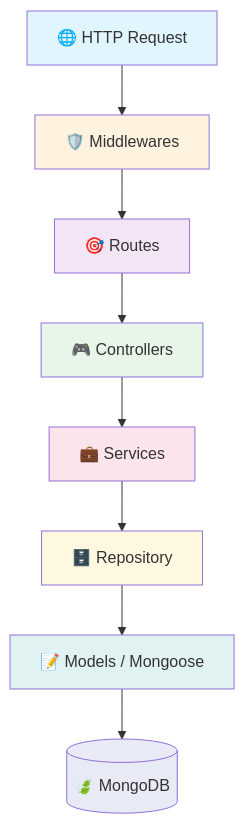
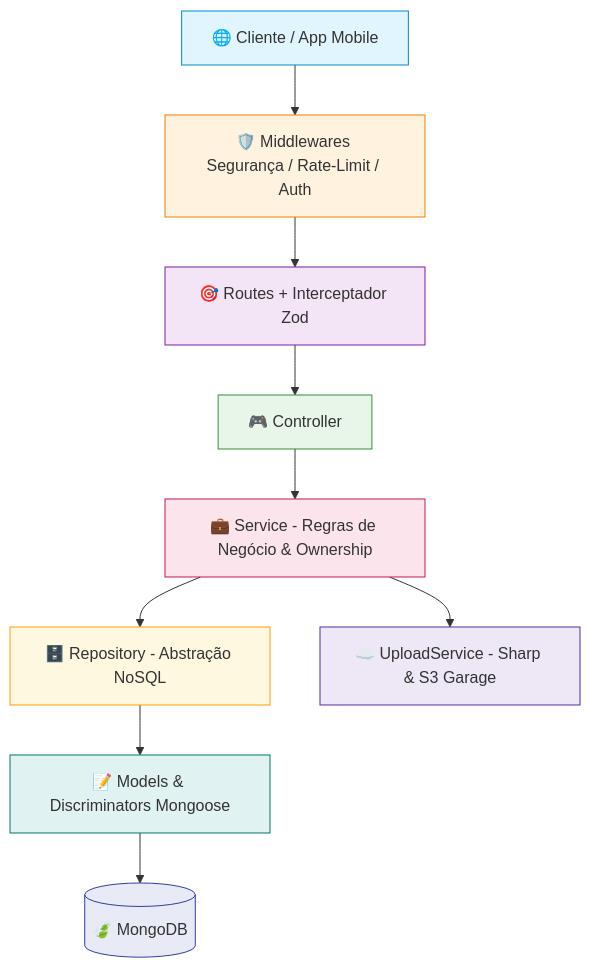
The diagram in README.md (Luisdevux/RotaRDV-API), drawn with Mermaid before and after one commit. The commit also changed other lines of this file and 16 other files, not shown here.

````diff
--- a/README.md
+++ b/README.md
@@ -432,19 +335,21 @@
 ```mermaid
 graph TD
-    A[🌐 HTTP Request] --> B[🛡️ Middlewares]
-    B --> C[🎯 Routes]
-    C --> D[🎮 Controllers]
-    D --> E[💼 Services]
-    E --> F[🗄️ Repository]
-    F --> G[📝 Models / Mongoose]
-    G --> H[(🍃 MongoDB)]
+    A[🌐 Cliente / App Mobile] --> B[🛡️ Middlewares Segurança / Rate-Limit / Auth]
+    B --> C[🎯 Routes + Interceptador Zod]
+    C --> D[🎮 Controller]
+    D --> E[💼 Service - Regras de Negócio & Ownership]
+    E --> F[🗄️ Repository - Abstração NoSQL]
+    E --> G[☁️ UploadService - Sharp & S3 Garage]
+    F --> H[📝 Models & Discriminators Mongoose]
+    H --> I[(🍃 MongoDB)]
 
-    style A fill:#e1f5fe
-    style B fill:#fff3e0
-    style C fill:#f3e5f5
-    style D fill:#e8f5e9
-    style E fill:#fce4ec
-    style F fill:#fff8e1
-    style G fill:#e0f2f1
-    style H fill:#e8eaf6
+    style A fill:#e1f5fe,stroke:#0288d1
+    style B fill:#fff3e0,stroke:#f57c00
+    style C fill:#f3e5f5,stroke:#7b1fa2
+    style D fill:#e8f5e9,stroke:#388e3c
+    style E fill:#fce4ec,stroke:#c2185b
+    style F fill:#fff8e1,stroke:#ffa000
+    style G fill:#ede7f6,stroke:#512da8
+    style H fill:#e0f2f1,stroke:#00796b
+    style I fill:#e8eaf6,stroke:#303f9f
 ```
````
